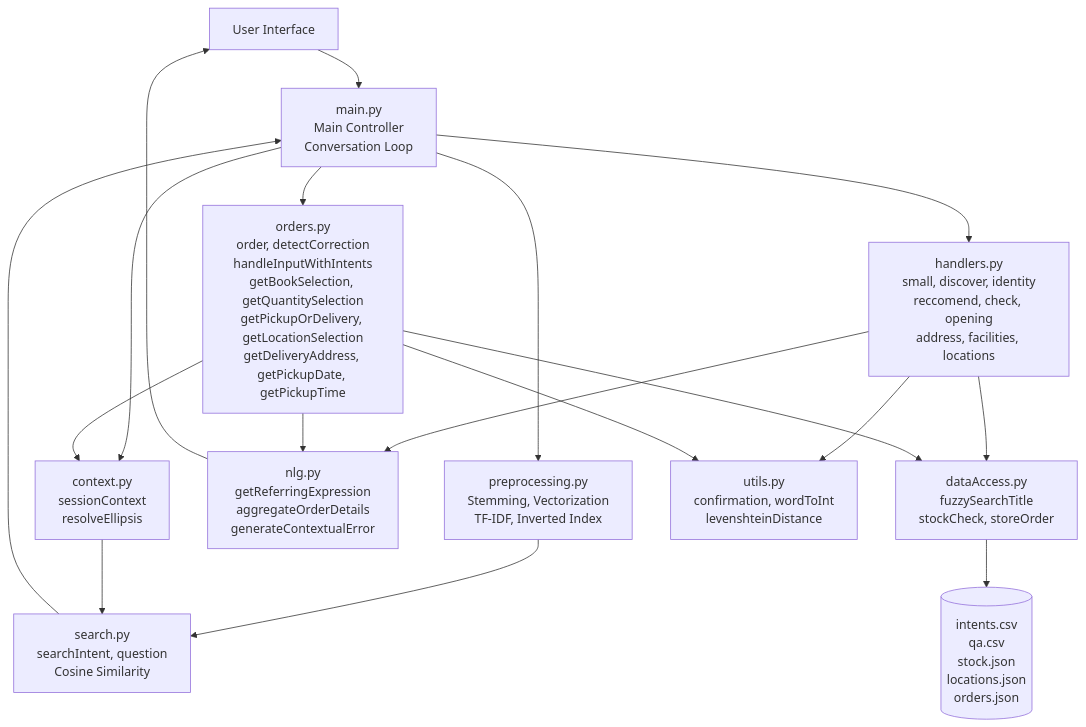
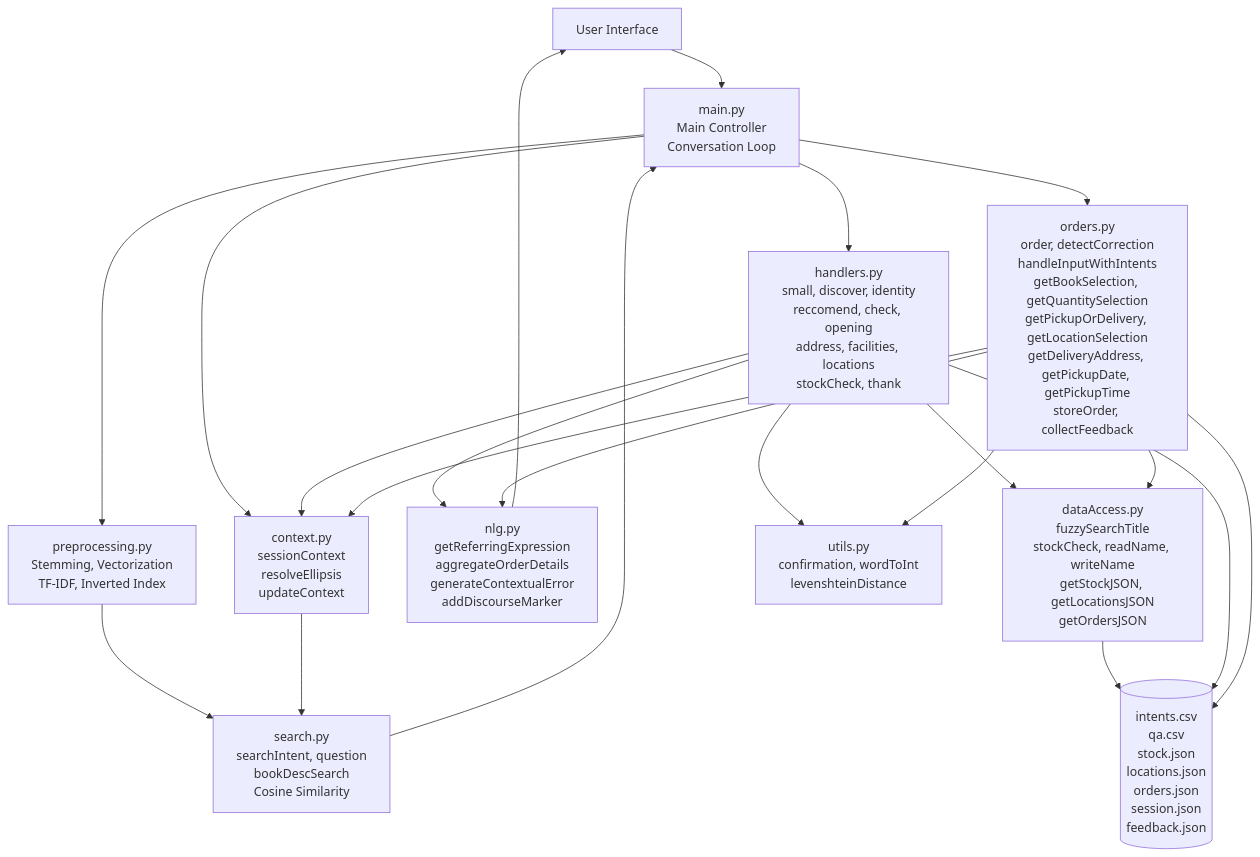
Before and after one commit to jamesdeal89/HAICW: the first of 11 diagrams in diagrams.md, drawn with Mermaid. The commit also changed other lines of this file and 45 other files, not shown here.

Commit message:
Finalise comments, nicely add titles to each file. update diagrams

````diff
--- a/diagrams.md
+++ b/diagrams.md
@@ -5,34 +5,36 @@
 ```mermaid
 flowchart TD
     UI[User Interface]
   
     MAIN[main.py<br/>Main Controller<br/>Conversation Loop]
   
     PREPROC[preprocessing.py<br/>Stemming, Vectorization<br/>TF-IDF, Inverted Index]
   
-    SEARCH[search.py<br/>searchIntent, question<br/>Cosine Similarity]
+    SEARCH[search.py<br/>searchIntent, question<br/>bookDescSearch<br/>Cosine Similarity]
   
-    CONTEXT[context.py<br/>sessionContext<br/>resolveEllipsis]
+    CONTEXT[context.py<br/>sessionContext<br/>resolveEllipsis<br/>updateContext]
   
-    HANDLERS[handlers.py<br/>small, discover, identity<br/>reccomend, check, opening<br/>address, facilities, locations]
+    HANDLERS[handlers.py<br/>small, discover, identity<br/>reccomend, check, opening<br/>address, facilities, locations<br/>stockCheck, thank]
   
-    ORDERS[orders.py<br/>order, detectCorrection<br/>handleInputWithIntents<br/>getBookSelection, getQuantitySelection<br/>getPickupOrDelivery, getLocationSelection<br/>getDeliveryAddress, getPickupDate, getPickupTime]
+    ORDERS[orders.py<br/>order, detectCorrection<br/>handleInputWithIntents<br/>getBookSelection, getQuantitySelection<br/>getPickupOrDelivery, getLocationSelection<br/>getDeliveryAddress, getPickupDate, getPickupTime<br/>storeOrder, collectFeedback]
   
-    NLG[nlg.py<br/>getReferringExpression<br/>aggregateOrderDetails<br/>generateContextualError]
+    NLG[nlg.py<br/>getReferringExpression<br/>aggregateOrderDetails<br/>generateContextualError<br/>addDiscourseMarker]
   
-    DATA[dataAccess.py<br/>fuzzySearchTitle<br/>stockCheck, storeOrder]
+    DATA[dataAccess.py<br/>fuzzySearchTitle<br/>stockCheck, readName, writeName<br/>getStockJSON, getLocationsJSON<br/>getOrdersJSON]
   
     UTILS[utils.py<br/>confirmation, wordToInt<br/>levenshteinDistance]
   
-    DATASETS[(intents.csv<br/>qa.csv<br/>stock.json<br/>locations.json<br/>orders.json)]
+    DATASETS[(intents.csv<br/>qa.csv<br/>stock.json<br/>locations.json<br/>orders.json<br/>session.json<br/>feedback.json)]
   
     UI --> MAIN
     MAIN --> PREPROC & CONTEXT
     PREPROC & CONTEXT --> SEARCH
     SEARCH --> MAIN
     MAIN --> HANDLERS & ORDERS
-    HANDLERS & ORDERS --> NLG & DATA & UTILS
-    ORDERS --> CONTEXT
+    HANDLERS --> NLG & DATA & UTILS & CONTEXT
+    ORDERS --> NLG & DATA & UTILS & CONTEXT
     DATA --> DATASETS
+    HANDLERS --> DATASETS
+    ORDERS --> DATASETS
     NLG --> UI
 ```
````
